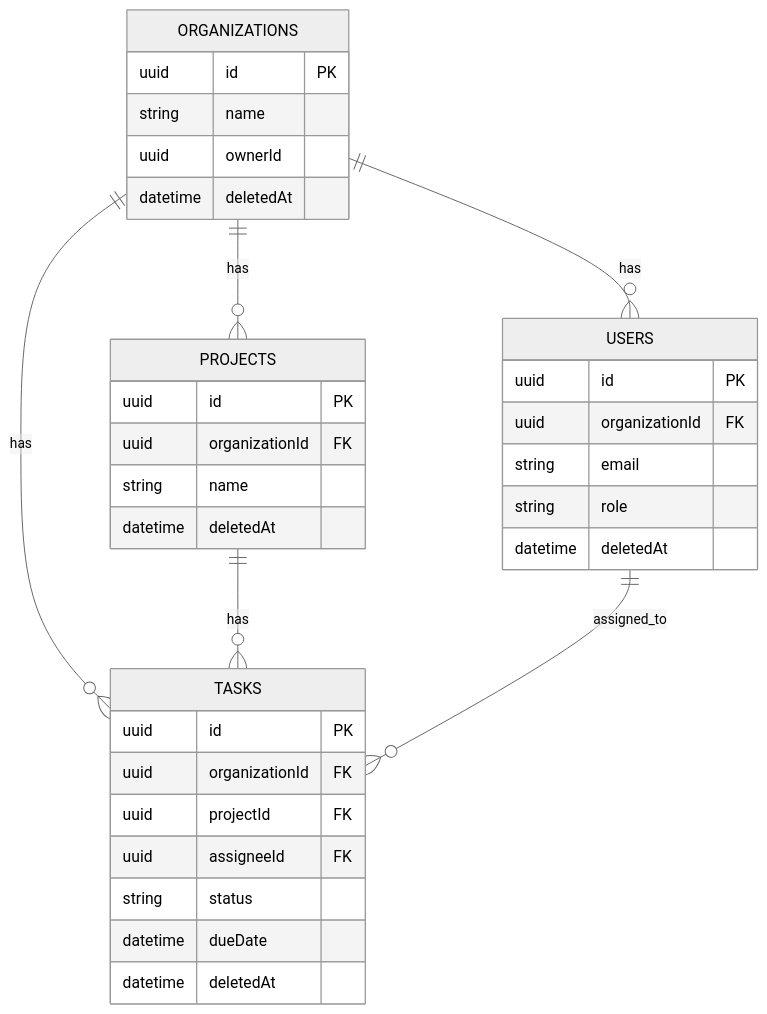
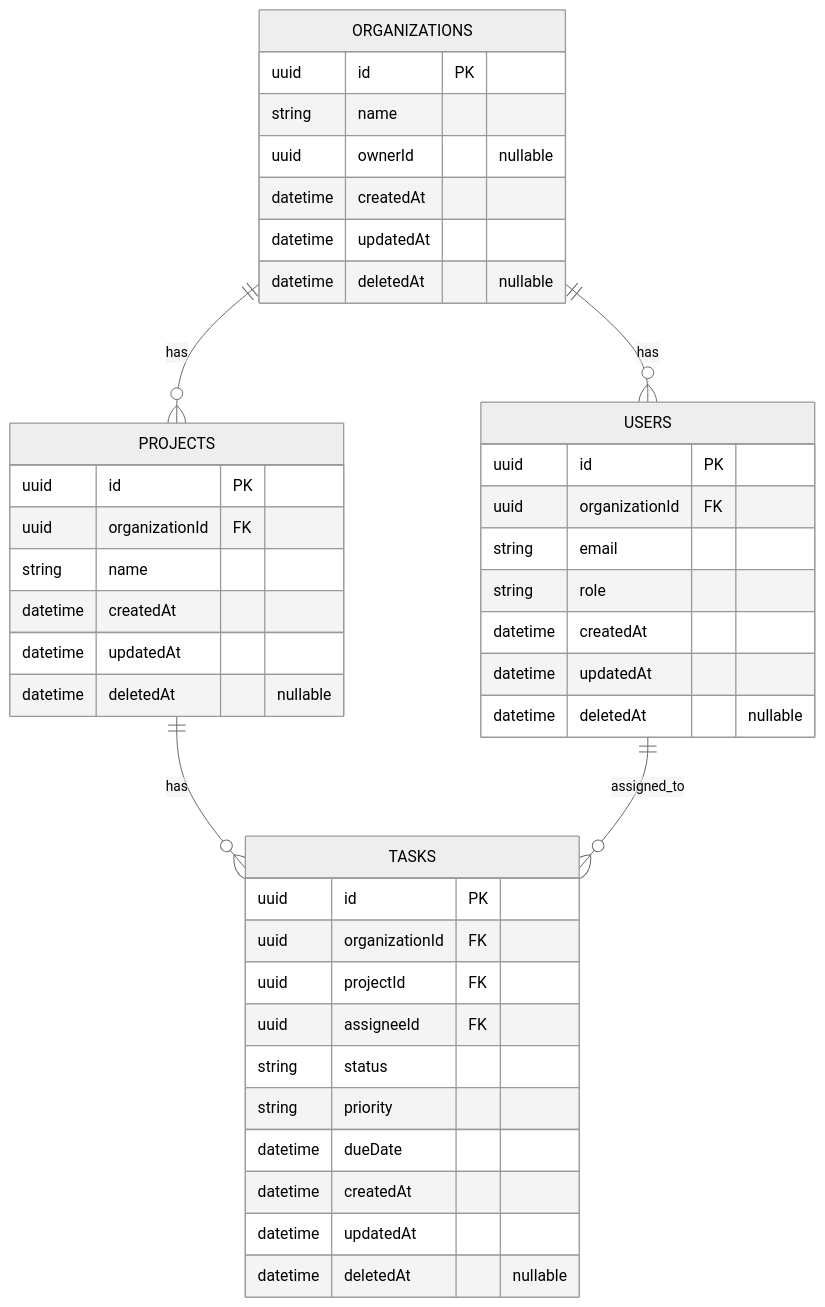
Before and after one commit to Jhon-Mosk/nestjs-team-tasks-api: the diagram in README.md, drawn with Mermaid (neutral theme). The commit also changed other lines of this file, not shown here.

````diff
--- a/README.md
+++ b/README.md
@@ -187,40 +187,48 @@
 ```mermaid
 erDiagram
   ORGANIZATIONS ||--o{ USERS : has
   ORGANIZATIONS ||--o{ PROJECTS : has
-  ORGANIZATIONS ||--o{ TASKS : has
   PROJECTS ||--o{ TASKS : has
   USERS ||--o{ TASKS : assigned_to
 
   ORGANIZATIONS {
     uuid id PK
     string name
-    uuid ownerId
-    datetime deletedAt
+    uuid ownerId "nullable"
+    datetime createdAt
+    datetime updatedAt
+    datetime deletedAt "nullable"
   }
 
   USERS {
     uuid id PK
     uuid organizationId FK
     string email
     string role
-    datetime deletedAt
+    datetime createdAt
+    datetime updatedAt
+    datetime deletedAt "nullable"
   }
 
   PROJECTS {
     uuid id PK
     uuid organizationId FK
     string name
-    datetime deletedAt
+    datetime createdAt
+    datetime updatedAt
+    datetime deletedAt "nullable"
   }
 
   TASKS {
     uuid id PK
     uuid organizationId FK
     uuid projectId FK
     uuid assigneeId FK
     string status
+    string priority
     datetime dueDate
-    datetime deletedAt
+    datetime createdAt
+    datetime updatedAt
+    datetime deletedAt "nullable"
   }
 ```
````
